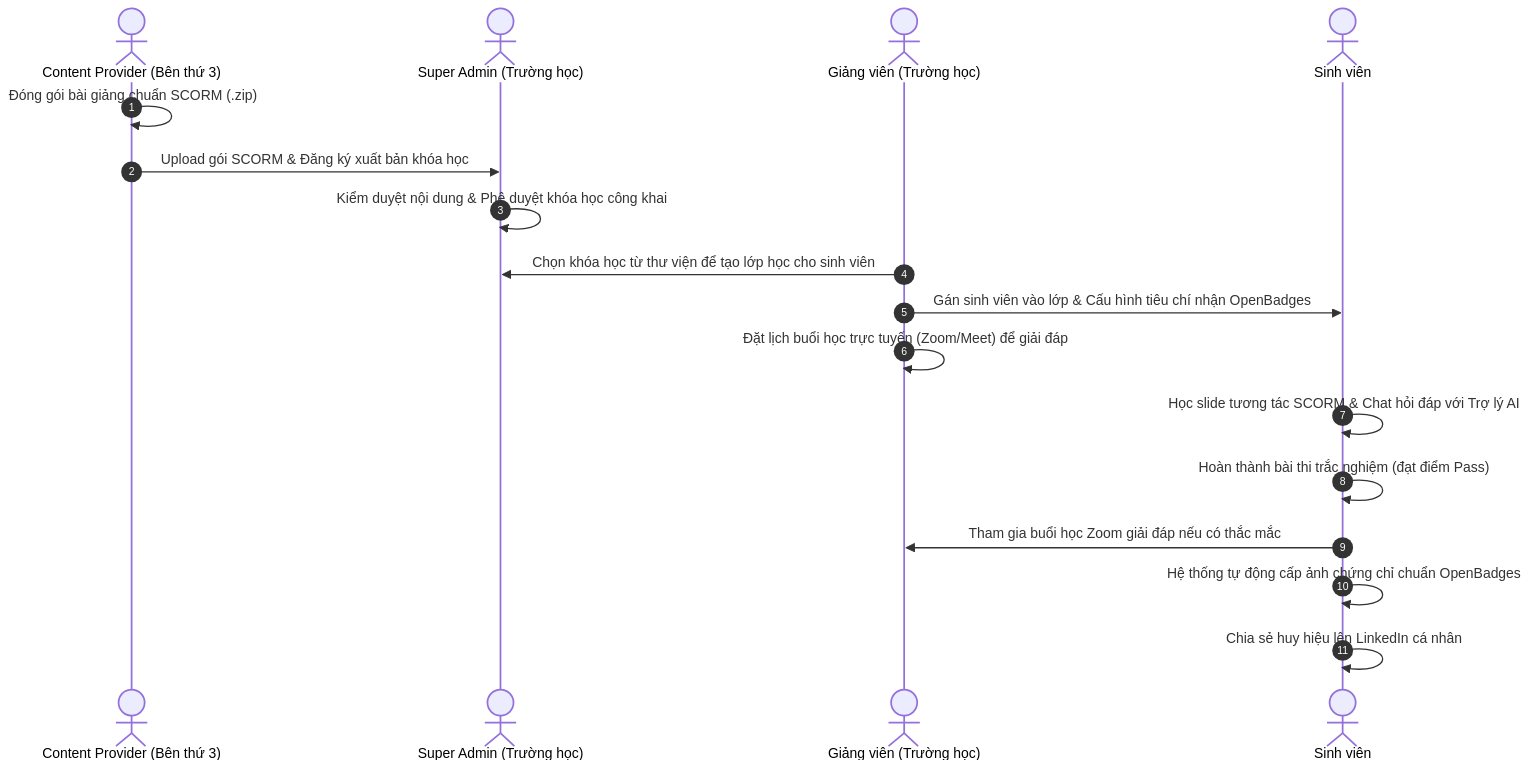
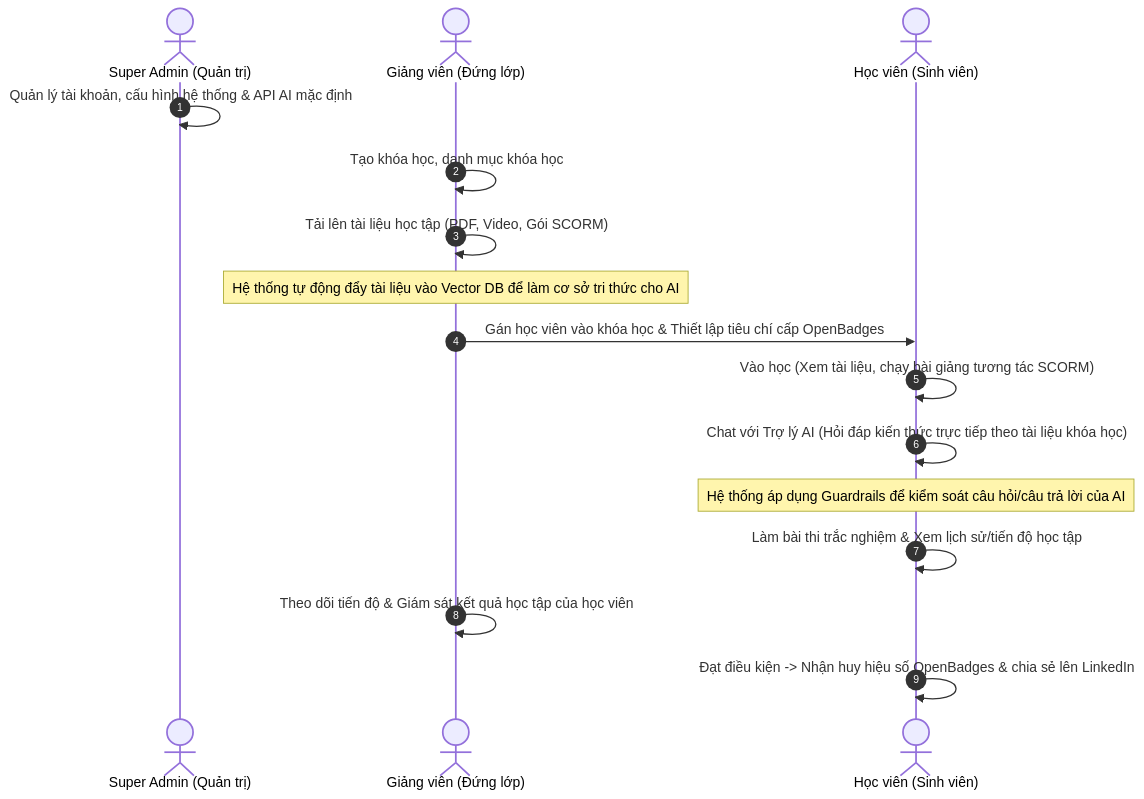
One commit to hoang-01/TTTN changed the diagram in roles_specification.md. Above: the diagram before and after it, drawn with Mermaid. The commit also changed other lines of this file, not shown here.

````diff
--- a/roles_specification.md
+++ b/roles_specification.md
@@ -10,20 +14,19 @@
 ```mermaid
 sequenceDiagram
     autonumber
-    actor CP as Content Provider (Bên thứ 3)
-    actor Admin as Super Admin (Trường học)
-    actor Teacher as Giảng viên (Trường học)
-    actor Student as Sinh viên
+    actor Admin as Super Admin (Quản trị)
+    actor Teacher as Giảng viên (Đứng lớp)
+    actor Student as Học viên (Sinh viên)
 
-    CP->>CP: Đóng gói bài giảng chuẩn SCORM (.zip)
-    CP->>Admin: Upload gói SCORM & Đăng ký xuất bản khóa học
-    Admin->>Admin: Kiểm duyệt nội dung & Phê duyệt khóa học công khai
-    Teacher->>Admin: Chọn khóa học từ thư viện để tạo lớp học cho sinh viên
-    Teacher->>Student: Gán sinh viên vào lớp & Cấu hình tiêu chí nhận OpenBadges
-    Teacher->>Teacher: Đặt lịch buổi học trực tuyến (Zoom/Meet) để giải đáp
-    Student->>Student: Học slide tương tác SCORM & Chat hỏi đáp với Trợ lý AI
-    Student->>Student: Hoàn thành bài thi trắc nghiệm (đạt điểm Pass)
-    Student->>Teacher: Tham gia buổi học Zoom giải đáp nếu có thắc mắc
-    Student->>Student: Hệ thống tự động cấp ảnh chứng chỉ chuẩn OpenBadges
-    Student->>Student: Chia sẻ huy hiệu lên LinkedIn cá nhân
+    Admin->>Admin: Quản lý tài khoản, cấu hình hệ thống & API AI mặc định
+    Teacher->>Teacher: Tạo khóa học, danh mục khóa học
+    Teacher->>Teacher: Tải lên tài liệu học tập (PDF, Video, Gói SCORM)
+    Note over Teacher: Hệ thống tự động đẩy tài liệu vào Vector DB để làm cơ sở tri thức cho AI
+    Teacher->>Student: Gán học viên vào khóa học & Thiết lập tiêu chí cấp OpenBadges
+    Student->>Student: Vào học (Xem tài liệu, chạy bài giảng tương tác SCORM)
+    Student->>Student: Chat với Trợ lý AI (Hỏi đáp kiến thức trực tiếp theo tài liệu khóa học)
+    Note over Student: Hệ thống áp dụng Guardrails để kiểm soát câu hỏi/câu trả lời của AI
+    Student->>Student: Làm bài thi trắc nghiệm & Xem lịch sử/tiến độ học tập
+    Teacher->>Teacher: Theo dõi tiến độ & Giám sát kết quả học tập của học viên
+    Student->>Student: Đạt điều kiện -> Nhận huy hiệu số OpenBadges & chia sẻ lên LinkedIn
 ```
````
